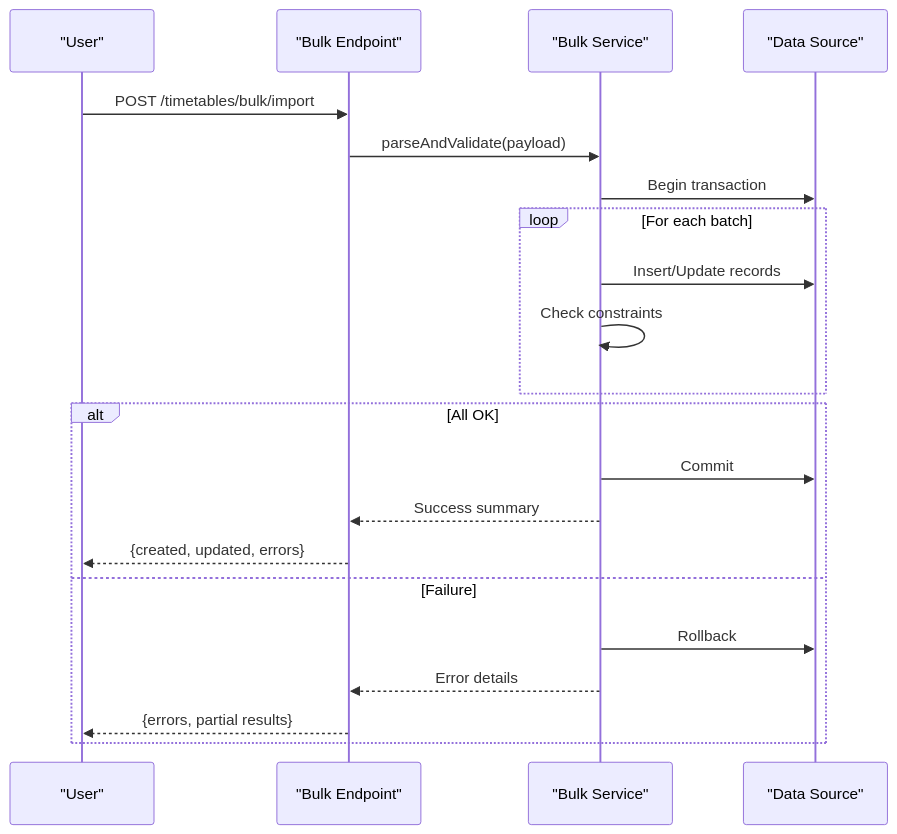
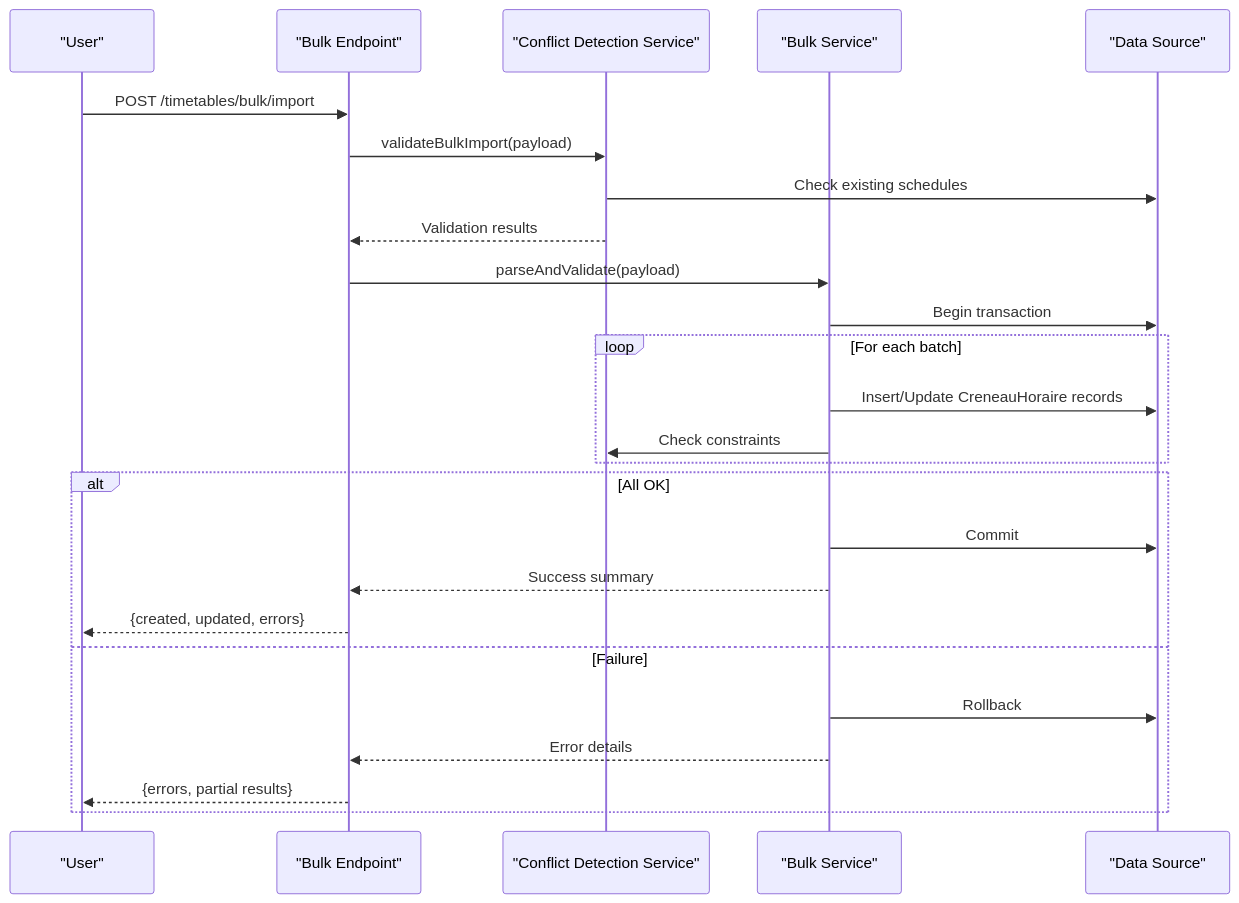
The ninth of 11 diagrams in .qoder/repowiki/en/content/Academic Management System/Class & Schedule Management/Timetable Creation & Scheduling.md (franckylab/eLISAschool), drawn with Mermaid before and after one commit. The commit also changed other lines of this file and 455 other files, not shown here.

````diff
--- a/.qoder/repowiki/en/content/Academic Management System/Class & Schedule Management/Timetable Creation & Scheduling.md
+++ b/.qoder/repowiki/en/content/Academic Management System/Class & Schedule Management/Timetable Creation & Scheduling.md
@@ -474,23 +576,27 @@
 ```mermaid
 sequenceDiagram
 participant User as "User"
 participant API as "Bulk Endpoint"
+participant ConflictSvc as "Conflict Detection Service"
 participant Svc as "Bulk Service"
 participant DB as "Data Source"
 User->>API : POST /timetables/bulk/import
+API->>ConflictSvc : validateBulkImport(payload)
+ConflictSvc->>DB : Check existing schedules
+ConflictSvc-->>API : Validation results
 API->>Svc : parseAndValidate(payload)
 Svc->>DB : Begin transaction
 loop For each batch
-Svc->>DB : Insert/Update records
-Svc->>Svc : Check constraints
+Svc->>DB : Insert/Update CreneauHoraire records
+Svc->>ConflictSvc : Check constraints
 end
 alt All OK
 Svc->>DB : Commit
 Svc-->>API : Success summary
 API-->>User : {created, updated, errors}
 else Failure
 Svc->>DB : Rollback
 Svc-->>API : Error details
 API-->>User : {errors, partial results}
 end
 ```
````
